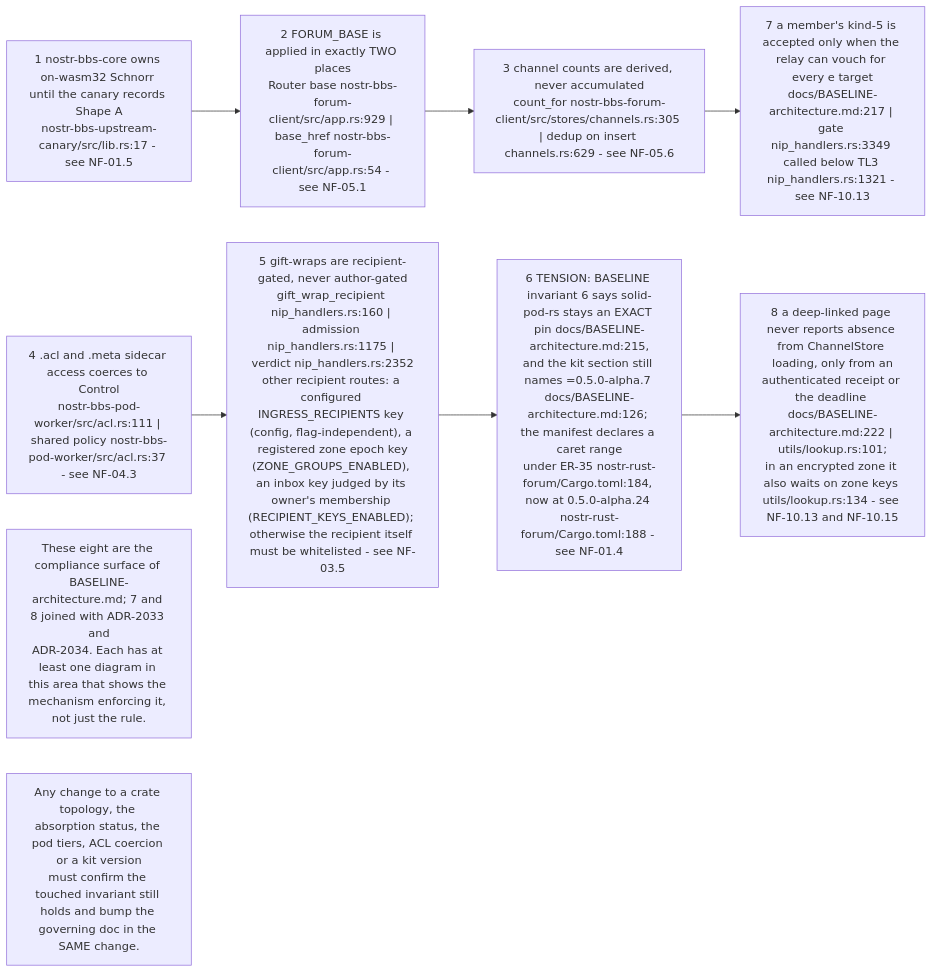
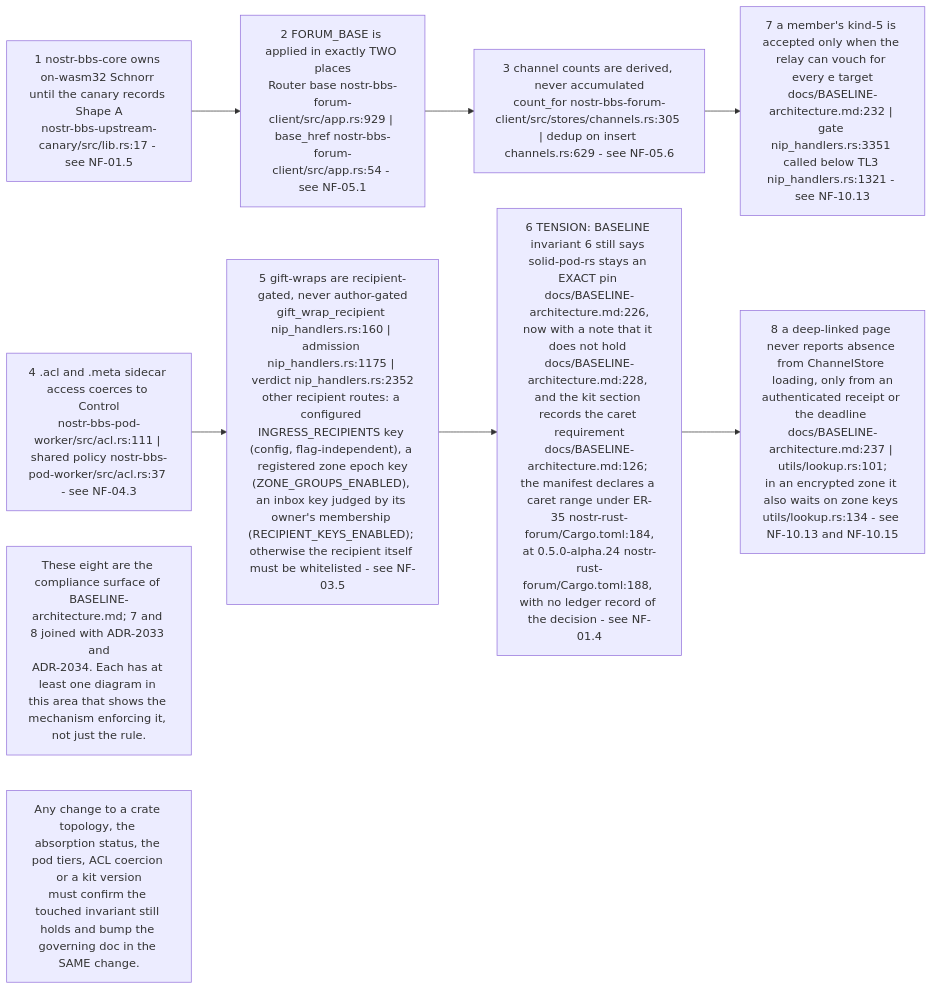
Before and after one commit to DreamLab-AI/VisionFlow: the first of 15 diagrams in docs/diagrams/nostr-rust-forum/10-invariants-and-anomaly-register.md, drawn with Mermaid. The commit also changed other lines of this file and 11 other files, not shown here.

````diff
--- a/docs/diagrams/nostr-rust-forum/10-invariants-and-anomaly-register.md
+++ b/docs/diagrams/nostr-rust-forum/10-invariants-and-anomaly-register.md
@@ -114,17 +114,17 @@
 ```mermaid
 flowchart LR
     I1["1 nostr-bbs-core owns on-wasm32 Schnorr until the canary records Shape A<br/>nostr-bbs-upstream-canary/src/lib.rs:17 - see NF-01.5"]
     I2["2 FORUM_BASE is applied in exactly TWO places<br/>Router base nostr-bbs-forum-client/src/app.rs:929 | base_href nostr-bbs-forum-client/src/app.rs:54 - see NF-05.1"]
     I3["3 channel counts are derived, never accumulated<br/>count_for nostr-bbs-forum-client/src/stores/channels.rs:305 | dedup on insert channels.rs:629 - see NF-05.6"]
     I4["4 .acl and .meta sidecar access coerces to Control<br/>nostr-bbs-pod-worker/src/acl.rs:111 | shared policy nostr-bbs-pod-worker/src/acl.rs:37 - see NF-04.3"]
     I5["5 gift-wraps are recipient-gated, never author-gated<br/>gift_wrap_recipient nip_handlers.rs:160 | admission nip_handlers.rs:1175 | verdict nip_handlers.rs:2352<br/>other recipient routes: a configured INGRESS_RECIPIENTS key (config, flag-independent), a registered zone epoch key<br/>(ZONE_GROUPS_ENABLED), an inbox key judged by its owner's membership (RECIPIENT_KEYS_ENABLED); otherwise the recipient itself must be whitelisted - see NF-03.5"]
-    I6["6 TENSION: BASELINE invariant 6 says solid-pod-rs stays an EXACT pin docs/BASELINE-architecture.md:215,<br/>and the kit section still names =0.5.0-alpha.7 docs/BASELINE-architecture.md:126; the manifest declares a caret range<br/>under ER-35 nostr-rust-forum/Cargo.toml:184, now at 0.5.0-alpha.24 nostr-rust-forum/Cargo.toml:188 - see NF-01.4"]
-    I7["7 a member's kind-5 is accepted only when the relay can vouch for every e target<br/>docs/BASELINE-architecture.md:217 | gate nip_handlers.rs:3349 called below TL3 nip_handlers.rs:1321 - see NF-10.13"]
-    I8["8 a deep-linked page never reports absence from ChannelStore loading, only from an<br/>authenticated receipt or the deadline docs/BASELINE-architecture.md:222 | utils/lookup.rs:101;<br/>in an encrypted zone it also waits on zone keys utils/lookup.rs:134 - see NF-10.13 and NF-10.15"]
+    I6["6 TENSION: BASELINE invariant 6 still says solid-pod-rs stays an EXACT pin docs/BASELINE-architecture.md:226,<br/>now with a note that it does not hold docs/BASELINE-architecture.md:228, and the kit section records the caret requirement<br/>docs/BASELINE-architecture.md:126; the manifest declares a caret range under ER-35 nostr-rust-forum/Cargo.toml:184,<br/>at 0.5.0-alpha.24 nostr-rust-forum/Cargo.toml:188, with no ledger record of the decision - see NF-01.4"]
+    I7["7 a member's kind-5 is accepted only when the relay can vouch for every e target<br/>docs/BASELINE-architecture.md:232 | gate nip_handlers.rs:3351 called below TL3 nip_handlers.rs:1321 - see NF-10.13"]
+    I8["8 a deep-linked page never reports absence from ChannelStore loading, only from an<br/>authenticated receipt or the deadline docs/BASELINE-architecture.md:237 | utils/lookup.rs:101;<br/>in an encrypted zone it also waits on zone keys utils/lookup.rs:134 - see NF-10.13 and NF-10.15"]
 
     I1 --> I2 --> I3 --> I7
     I4 --> I5 --> I6 --> I8
 
     N1["These eight are the compliance surface of BASELINE-architecture.md; 7 and 8 joined with ADR-2033 and<br/>ADR-2034. Each has at least one diagram in this area that shows the mechanism enforcing it, not just the rule."]
     N2["Any change to a crate topology, the absorption status, the pod tiers, ACL coercion or a kit version<br/>must confirm the touched invariant still holds and bump the governing doc in the SAME change."]
 ```
````
